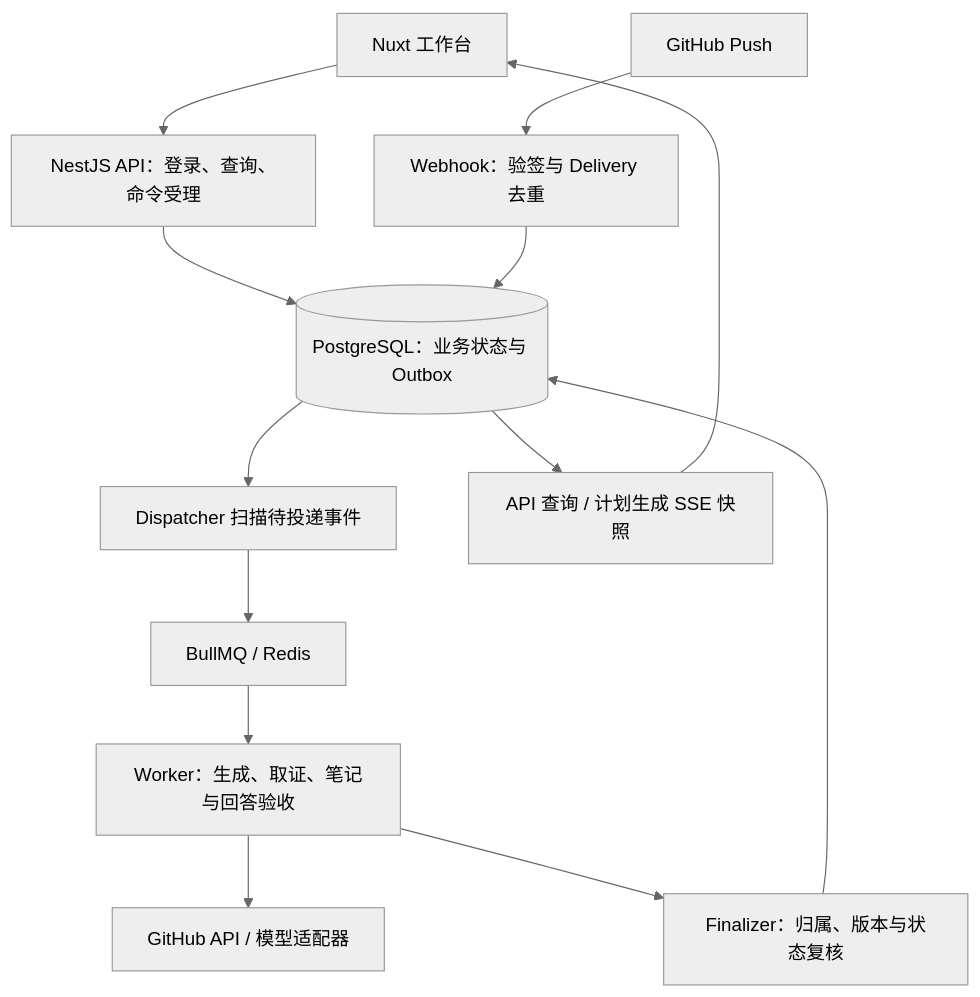
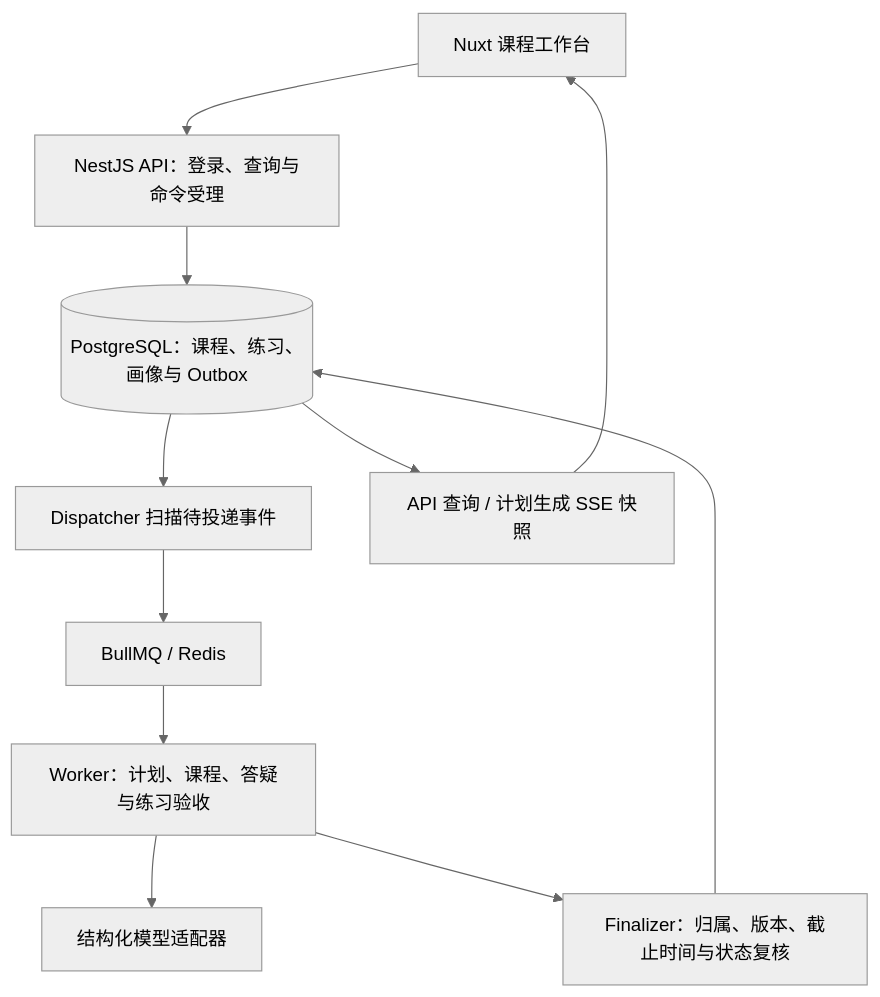
Before and after one commit to Gerden31145/KnowledgeOps-Agent: the diagram in README.md, drawn with Mermaid (neutral theme). The commit also changed other lines of this file and 8 other files, not shown here.

````diff
--- a/README.md
+++ b/README.md
@@ -11,15 +11,13 @@
 ```mermaid
 flowchart TD
-  Web[Nuxt 工作台] --> API[NestJS API：登录、查询、命令受理]
-  GitHub[GitHub Push] --> Hook[Webhook：验签与 Delivery 去重]
-  API --> DB[(PostgreSQL：业务状态与 Outbox)]
-  Hook --> DB
+  Web[Nuxt 课程工作台] --> API[NestJS API：登录、查询与命令受理]
+  API --> DB[(PostgreSQL：课程、练习、画像与 Outbox)]
   DB --> Dispatcher[Dispatcher 扫描待投递事件]
   Dispatcher --> Queue[BullMQ / Redis]
-  Queue --> Worker[Worker：生成、取证、笔记与回答验收]
-  Worker --> External[GitHub API / 模型适配器]
-  Worker --> Finalizer[Finalizer：归属、版本与状态复核]
+  Queue --> Worker[Worker：计划、课程、答疑与练习验收]
+  Worker --> Model[结构化模型适配器]
+  Worker --> Finalizer[Finalizer：归属、版本、截止时间与状态复核]
   Finalizer --> DB
   DB --> Read[API 查询 / 计划生成 SSE 快照]
   Read --> Web
 ```
````
